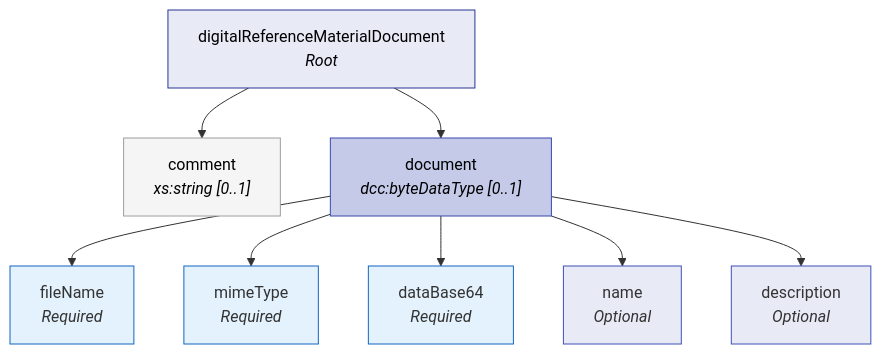
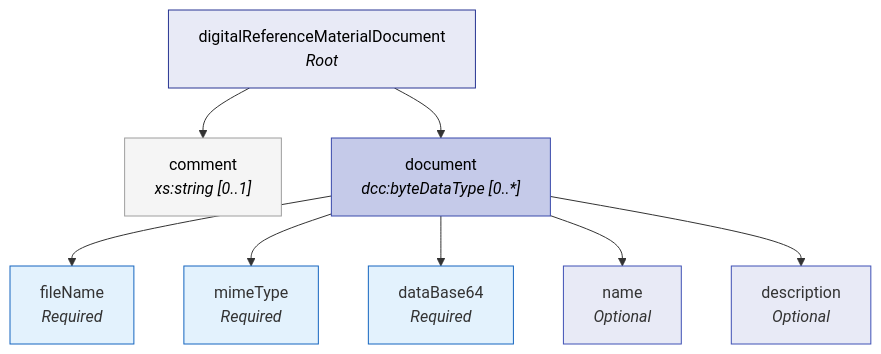
The diagram in docs/comments_documents.md (punitharumilli/BestPracticeDocs), drawn with Mermaid before and after one commit. The commit also changed other lines of this file and 10 other files, not shown here.

````diff
--- a/docs/comments_documents.md
+++ b/docs/comments_documents.md
@@ -12,22 +12,22 @@
 ```mermaid
 graph TD
     ROOT["digitalReferenceMaterialDocument<br/><i>Root</i>"]
     
     ROOT --> C["comment<br/><i>xs:string [0..1]</i>"]
-    ROOT --> D["document<br/><i>dcc:byteDataType [0..1]</i>"]
+    ROOT --> D["document<br/><i>dcc:byteDataType [0..*]</i>"]
     
     D --> FNAME["fileName<br/><i>Required</i>"]
     D --> MTYPE["mimeType<br/><i>Required</i>"]
     D --> B64["dataBase64<br/><i>Required</i>"]
     D --> NAME["name<br/><i>Optional</i>"]
     D --> DESC["description<br/><i>Optional</i>"]
 
     style ROOT fill:#e8eaf6,color:#000,stroke:#283593
     style C fill:#f5f5f5,color:#000,stroke:#9e9e9e
     style D fill:#c5cae9,color:#000,stroke:#3949ab
     style FNAME fill:#e3f2fd,stroke:#1565c0
     style MTYPE fill:#e3f2fd,stroke:#1565c0
     style B64 fill:#e3f2fd,stroke:#1565c0
     style NAME fill:#e8eaf6,stroke:#3f51b5
     style DESC fill:#e8eaf6,stroke:#3f51b5
 ```
````
